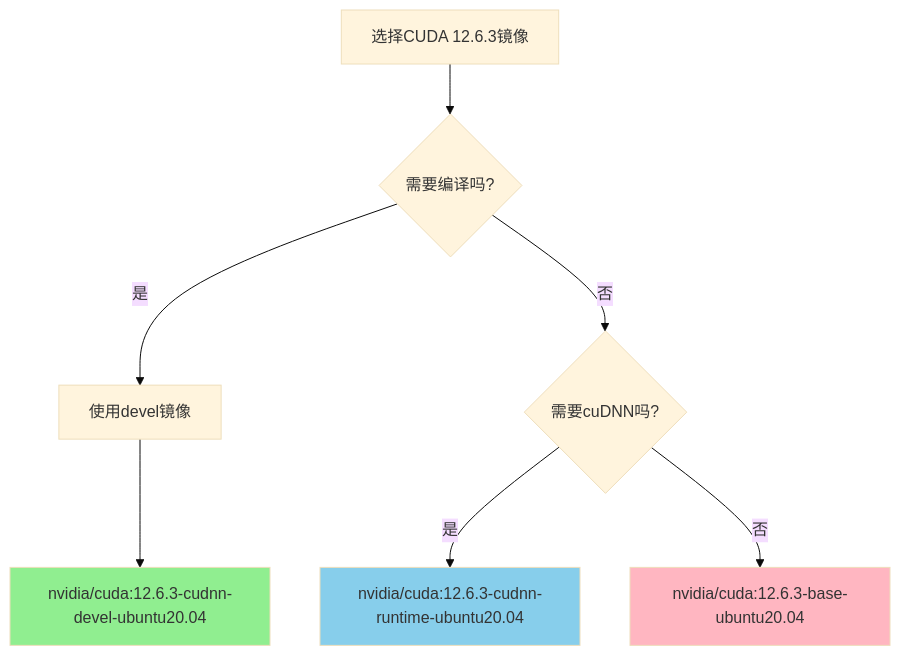
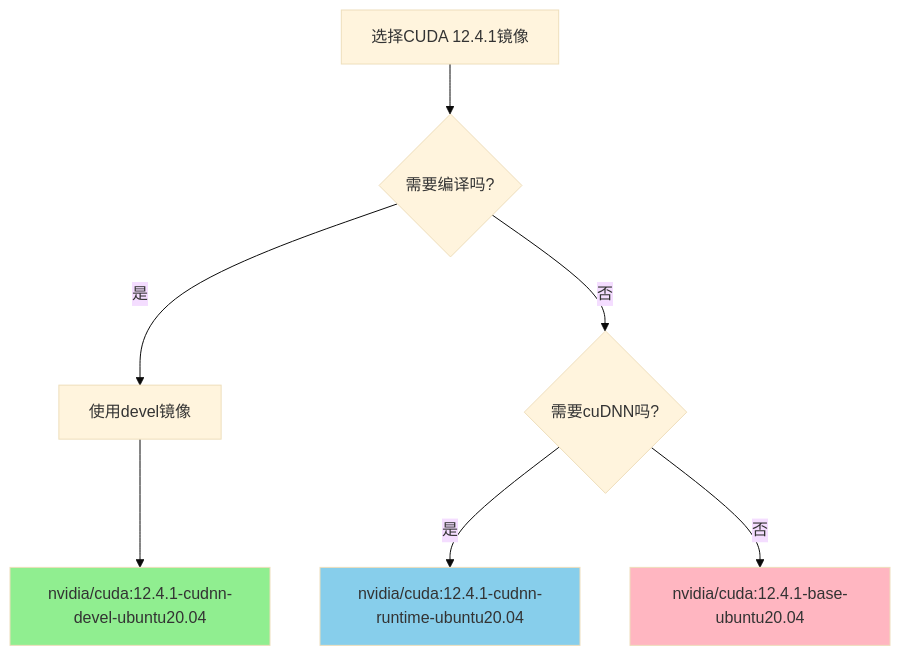
The second of 2 diagrams in ML.md (ouyangshixiong/context-engineering-zh), drawn with Mermaid (base theme) before and after one commit. The commit also changed other lines of this file and 9 other files, not shown here.

````diff
--- a/ML.md
+++ b/ML.md
@@ -236,13 +236,13 @@
 ```mermaid
 graph TD
-    A[选择CUDA 12.6.3镜像] --> B{需要编译吗?}
+    A[选择CUDA 12.4.1镜像] --> B{需要编译吗?}
     B -->|是| C[使用devel镜像]
     B -->|否| D{需要cuDNN吗?}
-    C --> E[nvidia/cuda:12.6.3-cudnn-devel-ubuntu20.04]
-    D -->|是| F[nvidia/cuda:12.6.3-cudnn-runtime-ubuntu20.04]
-    D -->|否| G[nvidia/cuda:12.6.3-base-ubuntu20.04]
+    C --> E[nvidia/cuda:12.4.1-cudnn-devel-ubuntu20.04]
+    D -->|是| F[nvidia/cuda:12.4.1-cudnn-runtime-ubuntu20.04]
+    D -->|否| G[nvidia/cuda:12.4.1-base-ubuntu20.04]
     
     style E fill:#90EE90
     style F fill:#87CEEB
     style G fill:#FFB6C1
 ```
````
